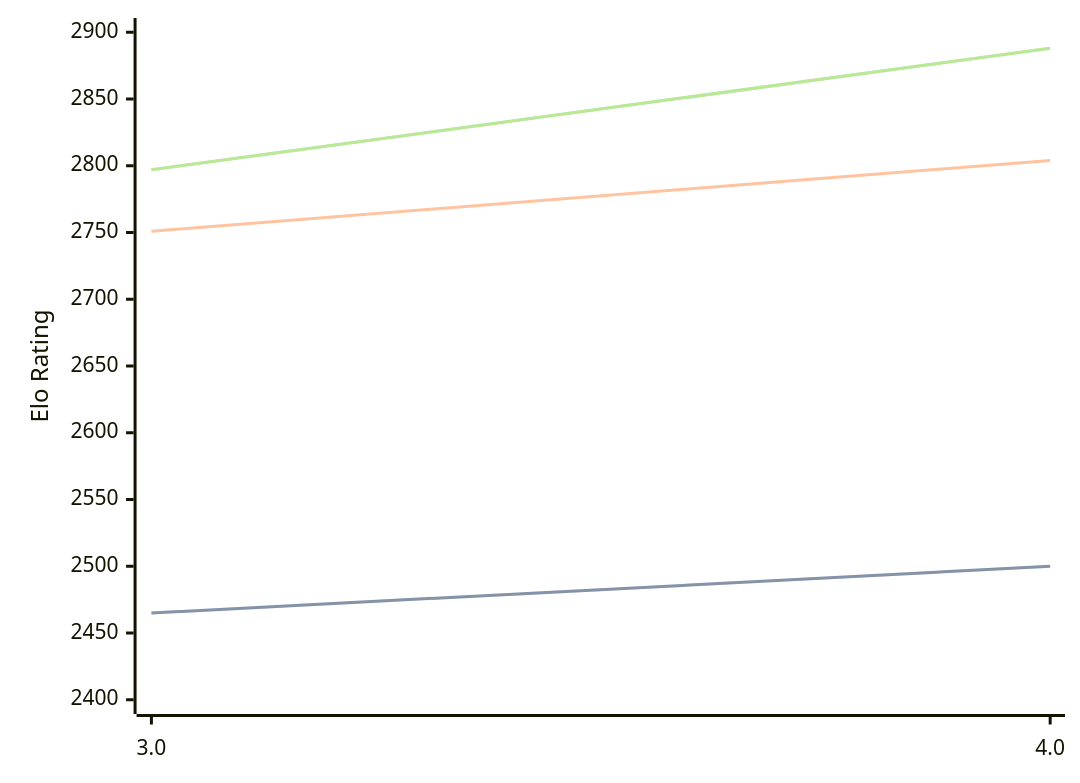
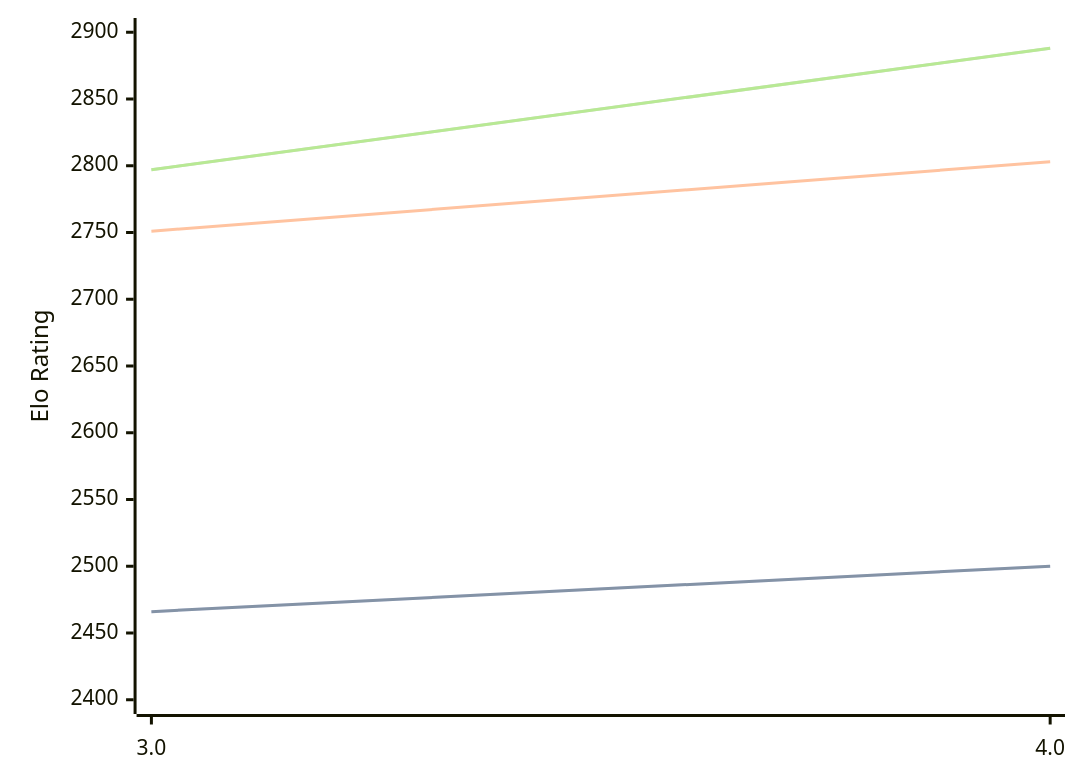
Before and after one commit to computer-chess-index/cci: the diagram in engines/Chess3.md, drawn with Mermaid. The commit also changed other lines of this file, not shown here.

````diff
--- a/engines/Chess3.md
+++ b/engines/Chess3.md
@@ -32,11 +32,11 @@
 ```mermaid
 %%{init: {"theme":"base","themeVariables":{"seriesColors:['#a3a3a3','#222221','#faa371']}}}%%
 xychart-beta
   x-axis ["3.0", "4.0"]
   y-axis "Elo Rating" 2400 --> 2900
-  line "STC (8.0+0.08s)" [2465, 2500]
-  line "STC (8.0+0.08s)" [2465, 2500]
-  line "LTC (60.0+0.60s)" [2751, 2804]
+  line "STC (8.0+0.08s)" [2466, 2500]
+  line "STC (8.0+0.08s)" [2466, 2500]
+  line "LTC (60.0+0.60s)" [2751, 2803]
   line "VLTC (2m24s+1.12s)" [2797, 2888]
   line "VLTC (2m24s+1.12s)" [2797, 2888]
 ```
````
